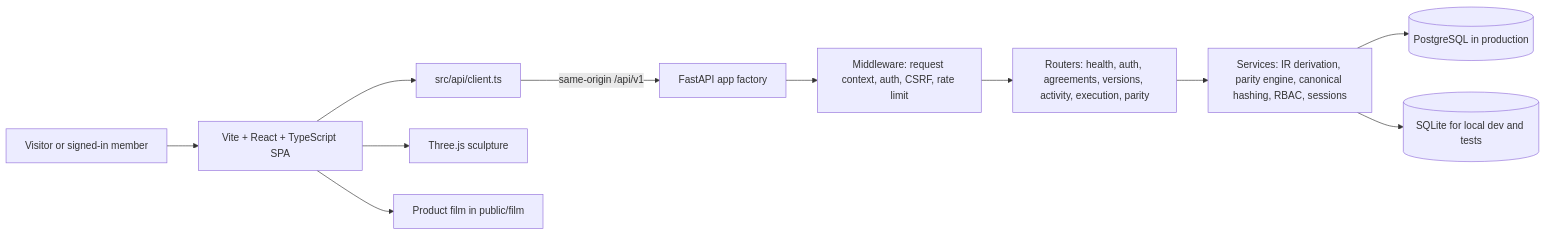
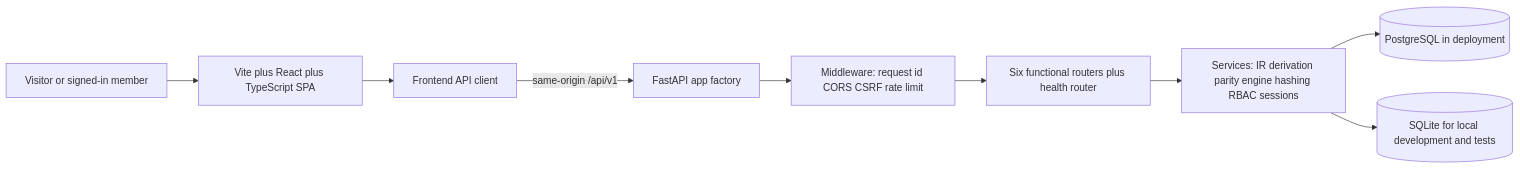
Before and after one commit to the-nidhi-bhat/LEXORA-LegalX: the first of 4 diagrams in README.md, drawn with Mermaid. The commit also changed other lines of this file and 7 other files, not shown here.

````diff
--- a/README.md
+++ b/README.md
@@ -175,13 +102,11 @@
 ```mermaid
 flowchart LR
-    U[Visitor or signed-in member] --> W[Vite + React + TypeScript SPA]
-    W --> C[src/api/client.ts]
-    C -->|same-origin /api/v1| A[FastAPI app factory]
-    A --> M[Middleware: request context, auth, CSRF, rate limit]
-    M --> R[Routers: health, auth, agreements, versions, activity, execution, parity]
-    R --> S[Services: IR derivation, parity engine, canonical hashing, RBAC, sessions]
-    S --> D[(PostgreSQL in production)]
-    S --> L[(SQLite for local dev and tests)]
-    W --> T[Three.js sculpture]
-    W --> F[Product film in public/film]
+    U["Visitor or signed-in member"] --> W["Vite plus React plus TypeScript SPA"]
+    W --> C["Frontend API client"]
+    C -->|"same-origin /api/v1"| A["FastAPI app factory"]
+    A --> M["Middleware: request id CORS CSRF rate limit"]
+    M --> R["Six functional routers plus health router"]
+    R --> S["Services: IR derivation parity engine hashing RBAC sessions"]
+    S --> D[("PostgreSQL in deployment")]
+    S --> L[("SQLite for local development and tests")]
 ```
````
